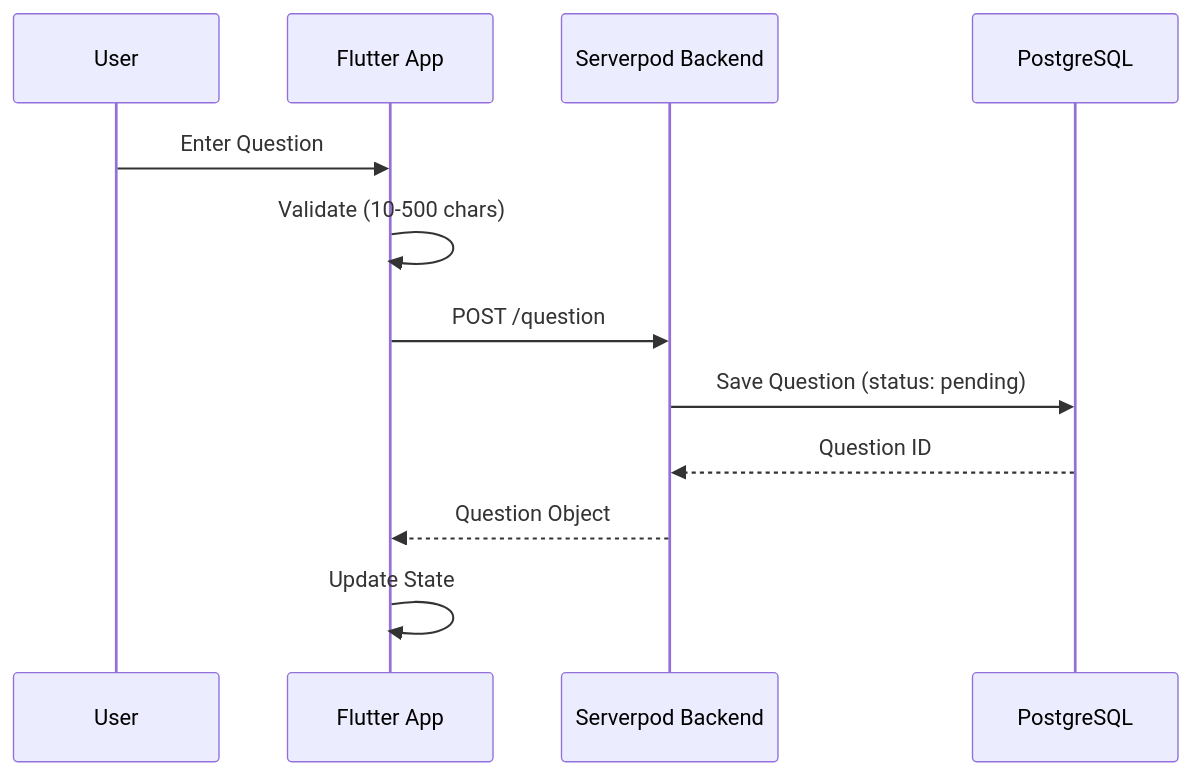
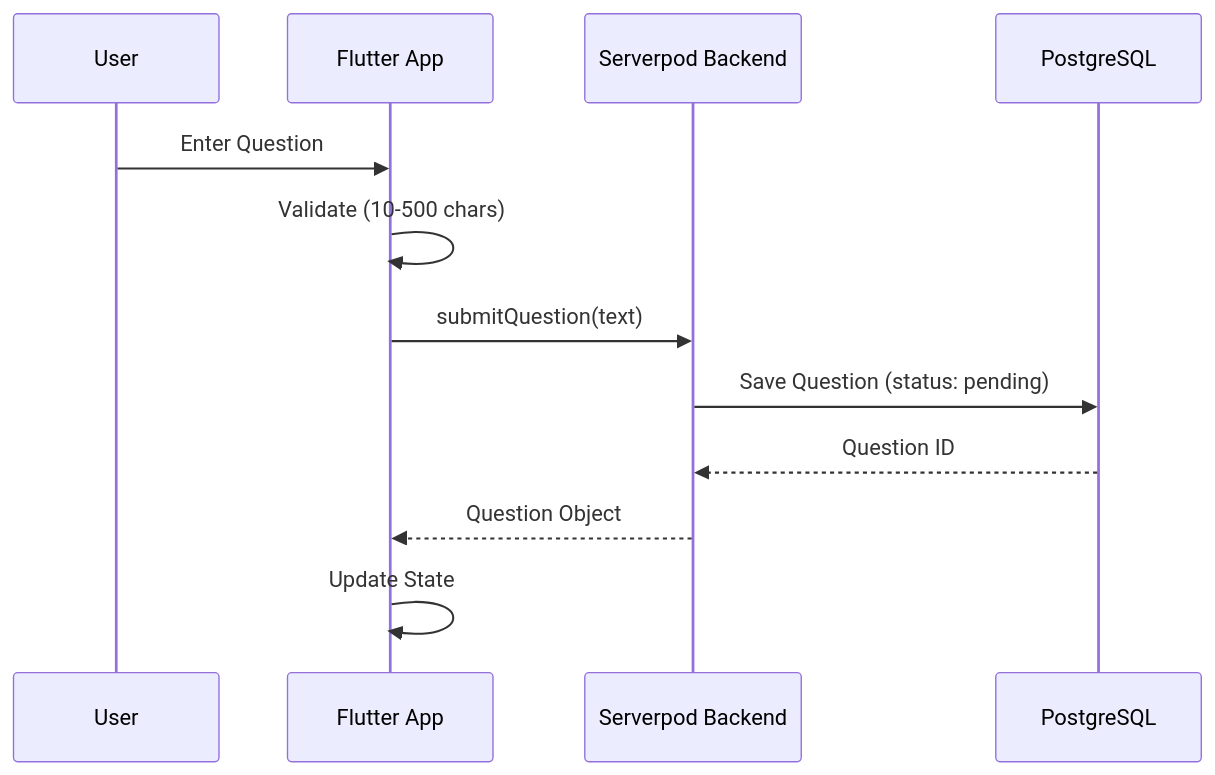
The second of 4 diagrams in docs/ARCHITECTURE_DIAGRAM.md (itsgg/agora), drawn with Mermaid before and after one commit. The commit also changed other lines of this file and 4 other files, not shown here.

````diff
--- a/docs/ARCHITECTURE_DIAGRAM.md
+++ b/docs/ARCHITECTURE_DIAGRAM.md
@@ -105,15 +105,15 @@
 ```mermaid
 sequenceDiagram
     participant User
     participant Flutter as Flutter App
     participant Serverpod as Serverpod Backend
     participant DB as PostgreSQL
 
     User->>Flutter: Enter Question
     Flutter->>Flutter: Validate (10-500 chars)
-    Flutter->>Serverpod: POST /question
+    Flutter->>Serverpod: submitQuestion(text)
     Serverpod->>DB: Save Question (status: pending)
     DB-->>Serverpod: Question ID
     Serverpod-->>Flutter: Question Object
     Flutter->>Flutter: Update State
 ```
````
